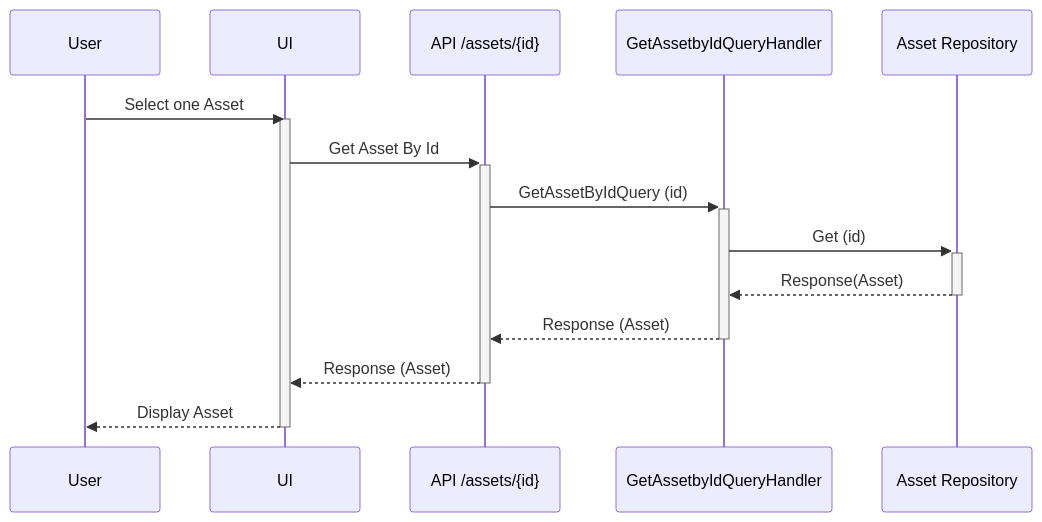
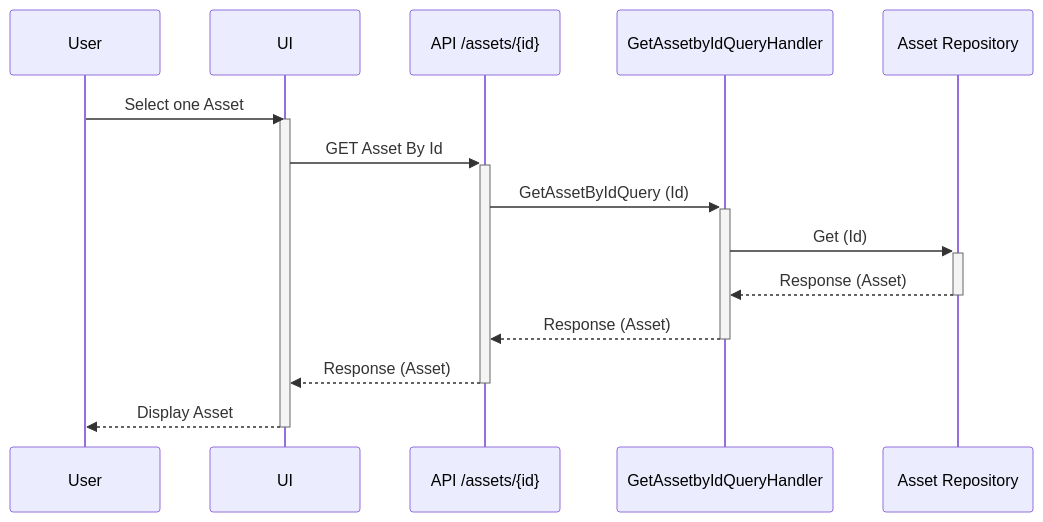
Before and after one commit to livun/bouvet-asset-hub: the second of 4 diagrams in docs/sequence-diagrams/read-asset.md, drawn with Mermaid. The commit also changed other lines of this file and 9 other files, not shown here.

Commit message:
Finished with sequence diagrams

````diff
--- a/docs/sequence-diagrams/read-asset.md
+++ b/docs/sequence-diagrams/read-asset.md
@@ -18,14 +22,14 @@
 ```mermaid
 sequenceDiagram
 User ->> UI : Select one Asset
    Activate UI
-        UI ->>+ API /assets/{id}: Get Asset By Id
-        API /assets/{id} ->>+ GetAssetbyIdQueryHandler : GetAssetByIdQuery (id)
-        GetAssetbyIdQueryHandler ->>+ Asset Repository : Get (id)
-        Asset Repository -->>- GetAssetbyIdQueryHandler : Response(Asset)
+        UI ->>+ API /assets/{id}: GET Asset By Id
+        API /assets/{id} ->>+ GetAssetbyIdQueryHandler : GetAssetByIdQuery (Id)
+        GetAssetbyIdQueryHandler ->>+ Asset Repository : Get (Id)
+        Asset Repository -->>- GetAssetbyIdQueryHandler : Response (Asset)
         GetAssetbyIdQueryHandler -->>- API /assets/{id} : Response (Asset)
         API /assets/{id} -->>- UI : Response (Asset)
         UI -->> User: Display Asset
     Deactivate UI
 
 ```
````
